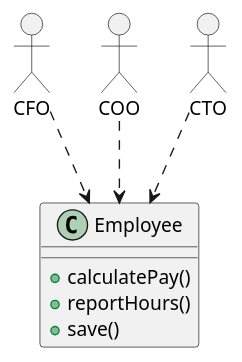
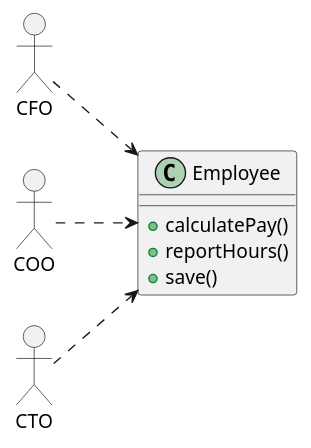
Before and after one commit to huland/logseq-notes: the diagram in pages/Robert C. Martin - Clean Architecture A Craftsman's Guide to Software Structure and Design.md, drawn with PlantUML.

Commit message:
Auto saved by Logseq

```diff
--- a/pages/Robert C. Martin - Clean Architecture A Craftsman's Guide to Software Structure and Design.md
+++ b/pages/Robert C. Martin - Clean Architecture A Craftsman's Guide to Software Structure and Design.md
@@ -43,16 +43,16 @@
 				  @startuml
 				  allowmixing
-				  
+				  left to right direction
 				  actor CFO
 				  actor COO
 				  actor CTO
 				  
 				  class Employee {
 				    +calculatePay()
 				    +reportHours()
 				    +save()
 				  } 
 				  CFO ..> Employee
 				  COO ..> Employee
 				  CTO ..> Employee
 				  @enduml
```
